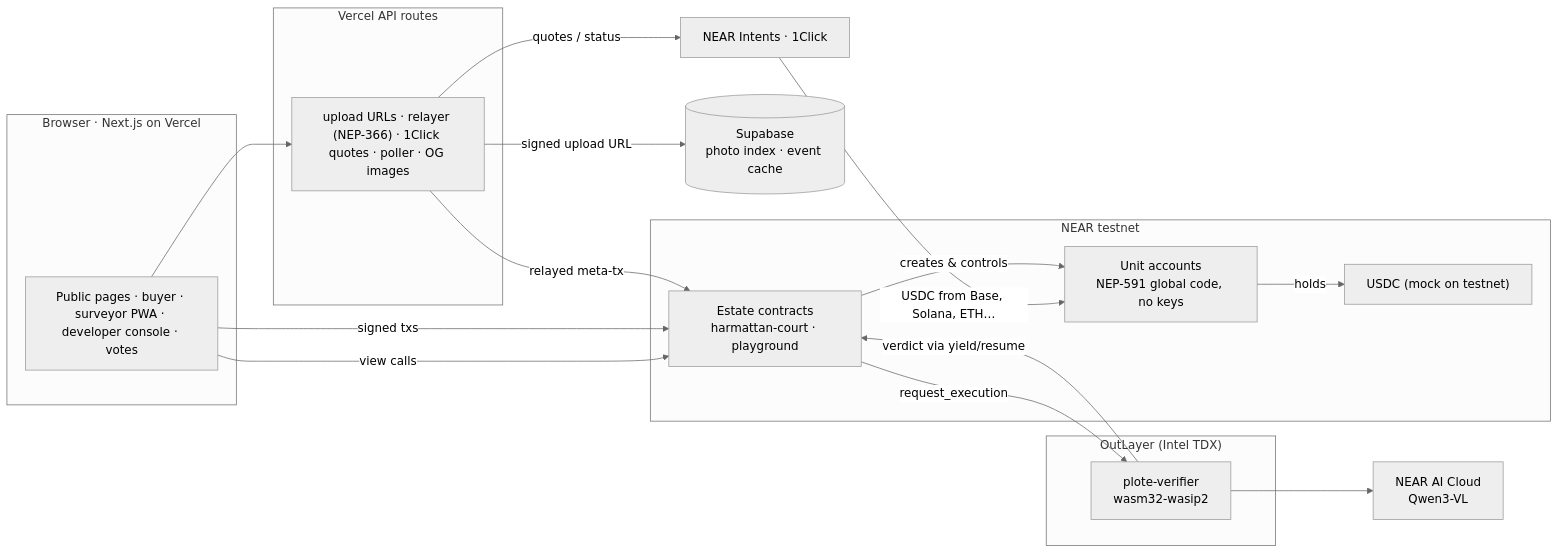
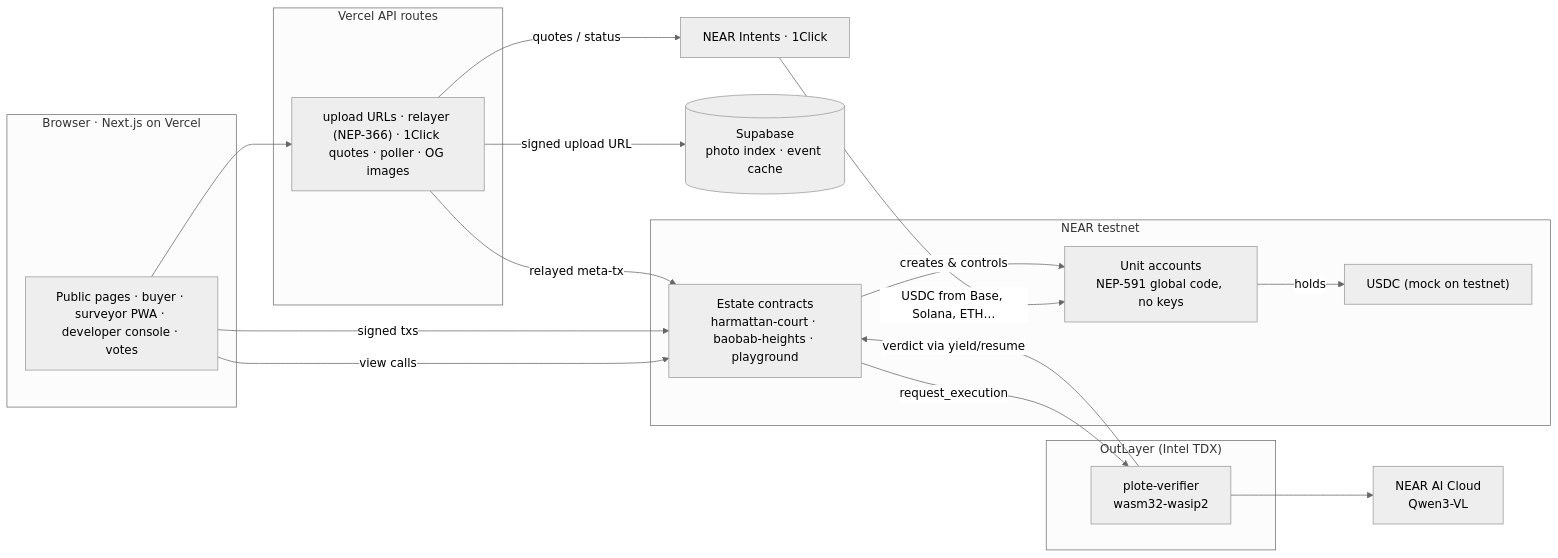
Before and after one commit to linoxbt/Plote: the second of 2 diagrams in README.md, drawn with Mermaid (neutral theme). The commit also changed other lines of this file and 2 other files, not shown here.

Commit message:
docs: audit 4 — live deploy (61CGp8J2 / 99f6a77, verifier 07cf9626), first live proof (/proof/playground/6), migrations 0006-0007 applied, corrected claims, trust assumptions

````diff
--- a/README.md
+++ b/README.md
@@ -120,33 +127,33 @@
 ```mermaid
 flowchart LR
     subgraph Browser["Browser · Next.js on Vercel"]
         UI["Public pages · buyer · surveyor PWA · developer console · votes"]
     end
     subgraph Server["Vercel API routes"]
         API["upload URLs · relayer (NEP-366) · 1Click quotes · poller · OG images"]
     end
     subgraph NEAR["NEAR testnet"]
-        EST["Estate contracts<br/>harmattan-court · playground"]
+        EST["Estate contracts<br/>harmattan-court · baobab-heights · playground"]
         UNIT["Unit accounts<br/>NEP-591 global code, no keys"]
         USDC["USDC (mock on testnet)"]
     end
     subgraph TEE["OutLayer (Intel TDX)"]
         VER["plote-verifier<br/>wasm32-wasip2"]
     end
     AI["NEAR AI Cloud<br/>Qwen3-VL"]
     SB[("Supabase<br/>photo index · event cache")]
     INT["NEAR Intents · 1Click"]
 
     UI -- view calls --> EST
     UI -- signed txs --> EST
     UI --> API
     API -- signed upload URL --> SB
     API -- relayed meta-tx --> EST
     API -- quotes / status --> INT
     INT -- USDC from Base, Solana, ETH… --> UNIT
     EST -- creates & controls --> UNIT
     UNIT -- holds --> USDC
     EST -- request_execution --> VER
     VER --> AI
     VER -- verdict via yield/resume --> EST
 ```
````
